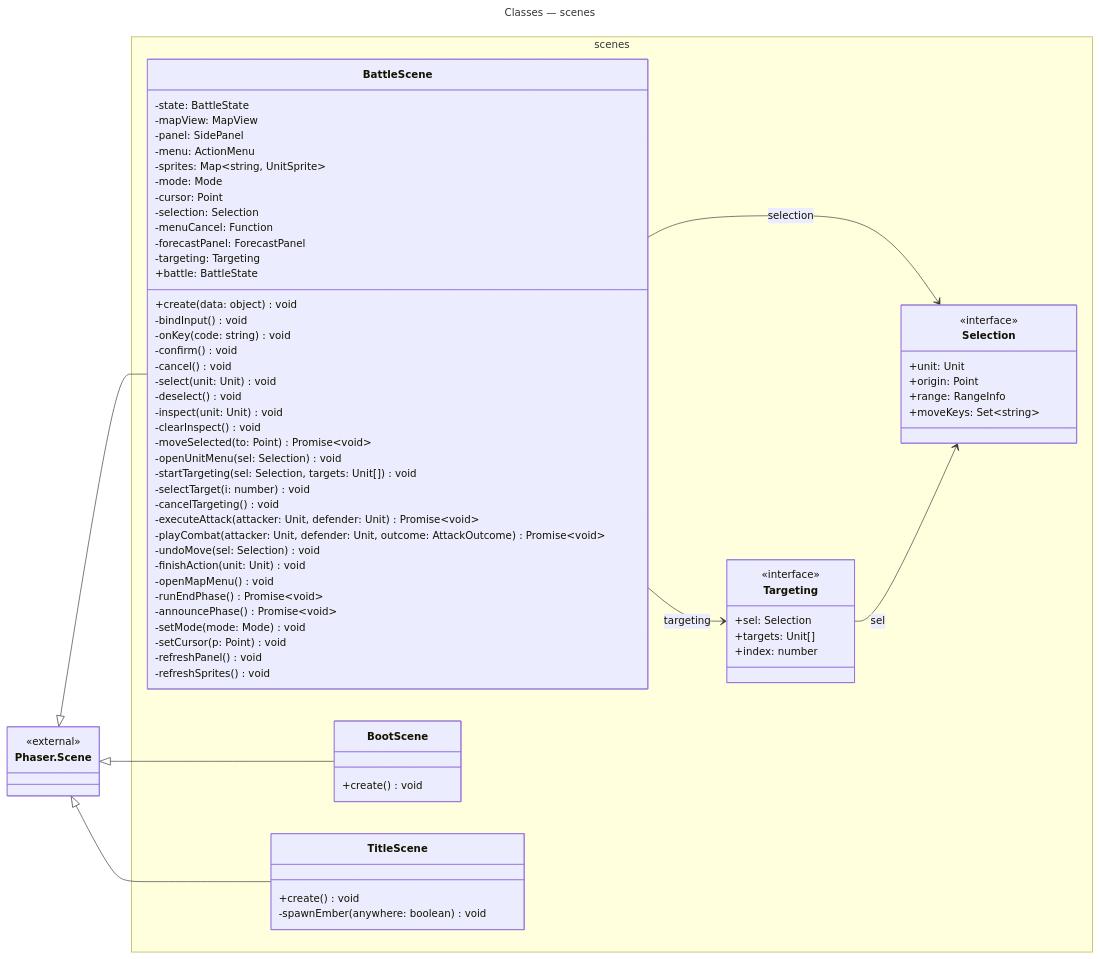
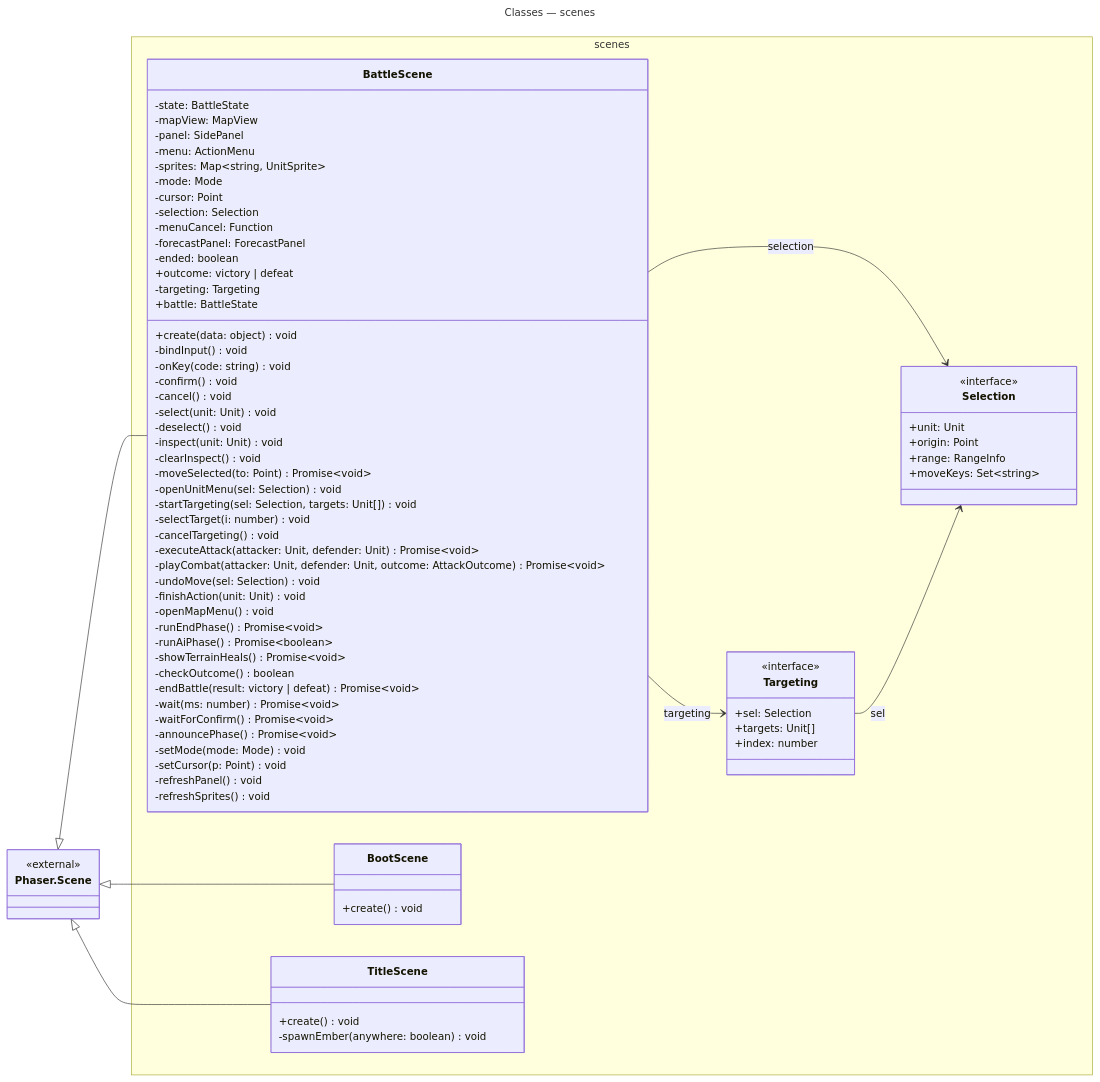
One commit to Pitossomos/fire-crest changed the fifth of 5 diagrams in docs/diagrams/classes.md. Above: the diagram before and after it, drawn with Mermaid. The commit also changed other lines of this file and 10 other files, not shown here.

```diff
--- a/docs/diagrams/classes.md
+++ b/docs/diagrams/classes.md
@@ -799,6 +848,8 @@
       -selection: Selection
       -menuCancel: Function
       -forecastPanel: ForecastPanel
+      -ended: boolean
+      +outcome: victory | defeat
       -targeting: Targeting
       +battle: BattleState
       +create(data: object) void
@@ -821,6 +872,12 @@
       -finishAction(unit: Unit) void
       -openMapMenu() void
       -runEndPhase() Promise~void~
+      -runAiPhase() Promise~boolean~
+      -showTerrainHeals() Promise~void~
+      -checkOutcome() boolean
+      -endBattle(result: victory | defeat) Promise~void~
+      -wait(ms: number) Promise~void~
+      -waitForConfirm() Promise~void~
       -announcePhase() Promise~void~
       -setMode(mode: Mode) void
       -setCursor(p: Point) void
```
